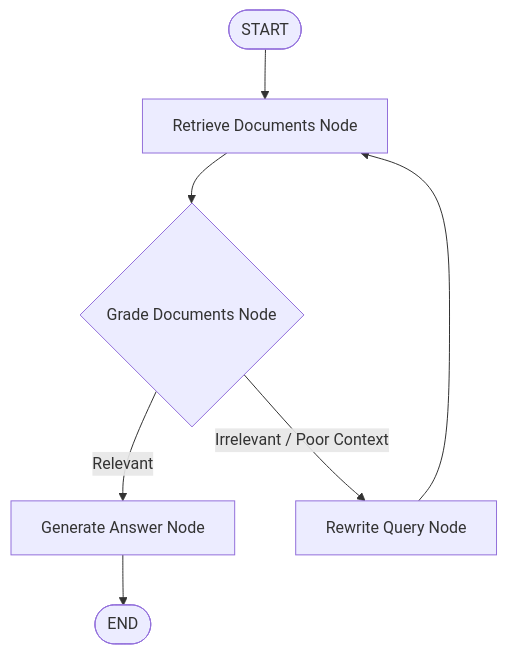
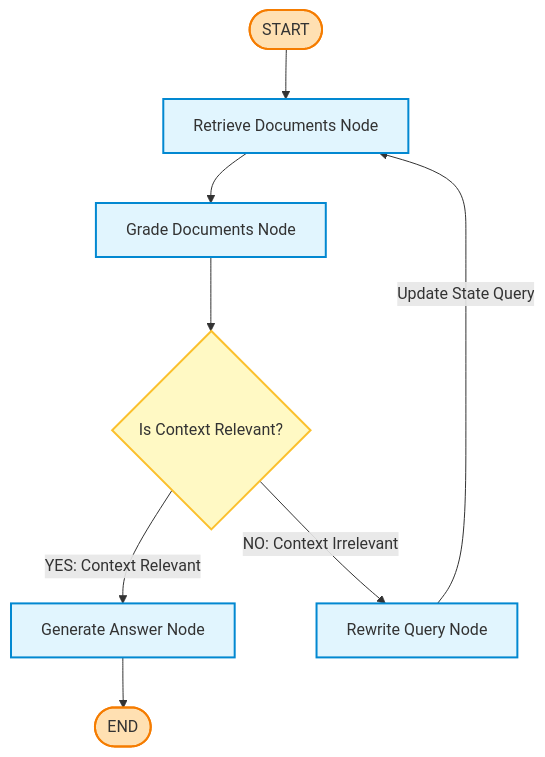
One commit to bibekshah220/rag-with-langgraph changed the first of 4 diagrams in Theory/LangGraph.md. Above: the diagram before and after it, drawn with Mermaid. The commit also changed other lines of this file, not shown here.

````diff
--- a/Theory/LangGraph.md
+++ b/Theory/LangGraph.md
@@ -62,11 +64,17 @@
 ```mermaid
 flowchart TD
-    START([START]) --> RetrieveNode[Retrieve Documents Node]
-    RetrieveNode --> GradeNode{Grade Documents Node}
+    classDef startend fill:#ffe0b2,stroke:#f57c00,stroke-width:2px;
+    classDef nodeStyle fill:#e1f5fe,stroke:#0288d1,stroke-width:2px;
+    classDef decision fill:#fff9c4,stroke:#fbc02d,stroke-width:2px;
+
+    START_NODE([START]):::startend --> RETRIEVE[Retrieve Documents Node]:::nodeStyle
+    RETRIEVE --> GRADE[Grade Documents Node]:::nodeStyle
     
-    GradeNode -->|Relevant| GenerateNode[Generate Answer Node]
-    GradeNode -->|Irrelevant / Poor Context| RewriteQueryNode[Rewrite Query Node]
+    GRADE --> ROUTE{Is Context Relevant?}:::decision
     
-    RewriteQueryNode --> RetrieveNode
-    GenerateNode --> END([END])
+    ROUTE -->|YES: Context Relevant| GENERATE[Generate Answer Node]:::nodeStyle
+    ROUTE -->|NO: Context Irrelevant| REWRITE[Rewrite Query Node]:::nodeStyle
+    
+    REWRITE -->|Update State Query| RETRIEVE
+    GENERATE --> END_NODE([END]):::startend
 ```
````
